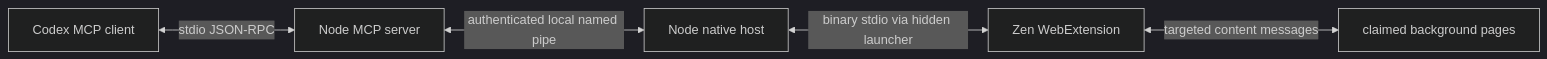
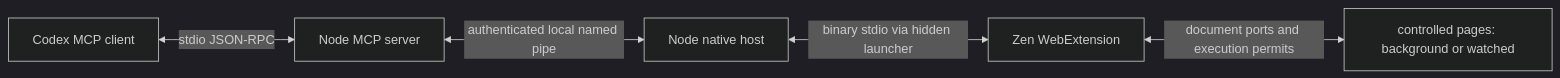
One commit to ReasonW6/codex-skill-marketplace changed the diagram in plugins/zen-browser/docs/ARCHITECTURE.md. Above: the diagram before and after it, drawn with Mermaid (dark theme). The commit also changed other lines of this file and 31 other files, not shown here.

````diff
--- a/plugins/zen-browser/docs/ARCHITECTURE.md
+++ b/plugins/zen-browser/docs/ARCHITECTURE.md
@@ -3,7 +3,7 @@
 ```mermaid
 flowchart LR
     C[Codex MCP client] <-->|stdio JSON-RPC| M[Node MCP server]
     M <-->|authenticated local named pipe| N[Node native host]
     N <-->|binary stdio via hidden launcher| E[Zen WebExtension]
-    E <-->|targeted content messages| P[claimed background pages]
+    E <-->|document ports and execution permits| P[controlled pages: background or watched]
 ```
````
